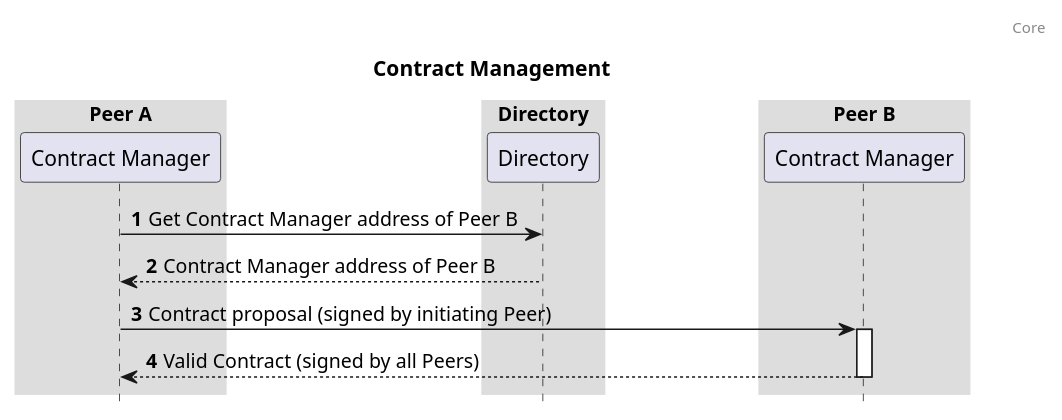
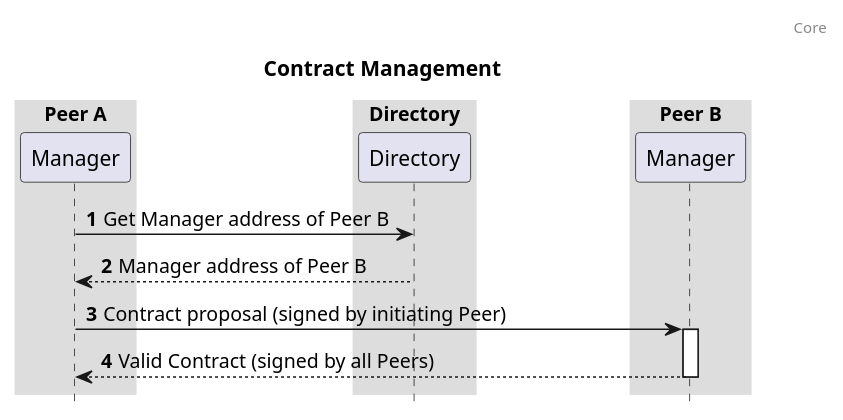
One commit to Logius-standaarden/fsc-core changed the diagram in diagrams/seq-contract-management.puml. Above: the diagram before and after it, drawn with PlantUML. The commit also changed 6 other files, not shown here.

Commit message:
replace contract manager with manager

```diff
--- a/diagrams/seq-contract-management.puml
+++ b/diagrams/seq-contract-management.puml
@@ -1,26 +1,26 @@
 @startuml
 
 autonumber
 header: Core
 title: Contract Management
 
 box "Peer A"
-  participant "Contract Manager" as cm1
+  participant "Manager" as m1
 end box
 box "Directory"
   participant "Directory" as directory
 end box
 box "Peer B"
-  participant "Contract Manager" as cm2
+  participant "Manager" as m2
 end box
 
-cm1 -> directory: Get Contract Manager address of Peer B
-return Contract Manager address of Peer B
-cm1 -> cm2 ++ : Contract proposal (signed by initiating Peer)
+m1 -> directory: Get Manager address of Peer B
+return Manager address of Peer B
+m1 -> m2 ++ : Contract proposal (signed by initiating Peer)
 
 return Valid Contract (signed by all Peers)
 
 skinparam sequenceBoxBorderColor #transparent
 skinparam boxPadding 50
 hide footbox
 @enduml
```
